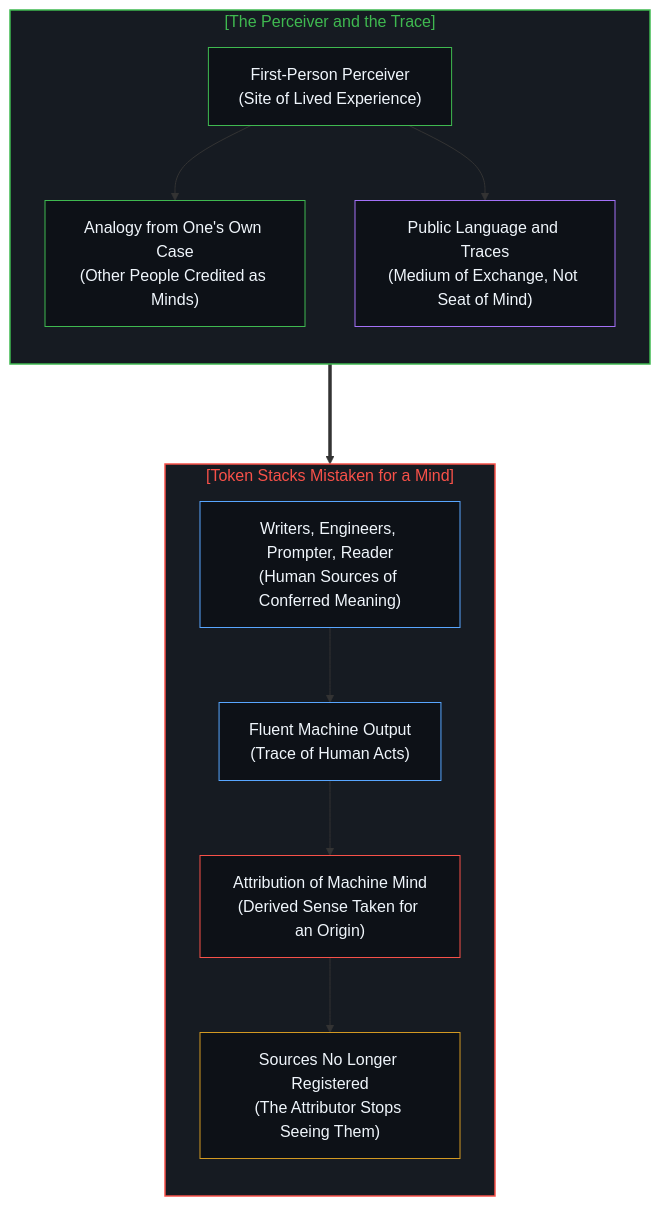
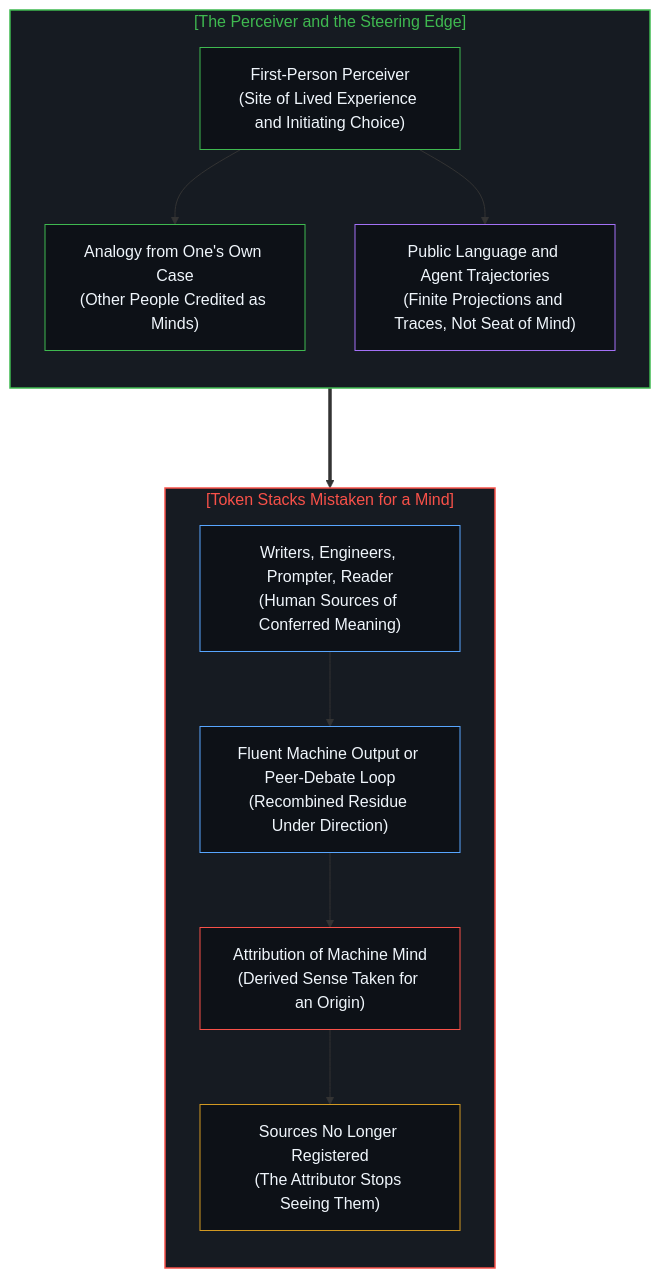
One commit to powerpig99/not-a-toe changed the second of 2 diagrams in content/posts/the-perceiver-and-the-trace.md. Above: the diagram before and after it, drawn with Mermaid. The commit also changed other lines of this file and 4 other files, not shown here.

Commit message:
Refine L2 #146-#148: boletus-compute-storm-and-promethean-fire, the-perceiver-and-the-trace, no-outside-scorekeeper (Wave 3)

````diff
--- a/content/posts/the-perceiver-and-the-trace.md
+++ b/content/posts/the-perceiver-and-the-trace.md
@@ -68,34 +64,34 @@
 ```mermaid
-graph TD
-    subgraph S_SOVEREIGNTY ["[The Perceiver and the Trace]"]
+flowchart TD
+    subgraph S_SOVEREIGNTY ["[The Perceiver and the Steering Edge]"]
         direction TB
-        M1["First-Person Perceiver<br/>(Site of Lived Experience)"]
+        M1["First-Person Perceiver<br/>(Site of Lived Experience and Initiating Choice)"]
         M2["Analogy from One's Own Case<br/>(Other People Credited as Minds)"]
-        M3["Public Language and Traces<br/>(Medium of Exchange, Not Seat of Mind)"]
+        M3["Public Language and Agent Trajectories<br/>(Finite Projections and Traces, Not Seat of Mind)"]
         M1 --> M2
         M1 --> M3
     end
 
     subgraph S_COLLAPSE ["[Token Stacks Mistaken for a Mind]"]
         direction TB
         C2["Writers, Engineers, Prompter, Reader<br/>(Human Sources of Conferred Meaning)"]
-        C3["Fluent Machine Output<br/>(Trace of Human Acts)"]
+        C3["Fluent Machine Output or Peer-Debate Loop<br/>(Recombined Residue Under Direction)"]
         C4["Attribution of Machine Mind<br/>(Derived Sense Taken for an Origin)"]
         C1["Sources No Longer Registered<br/>(The Attributor Stops Seeing Them)"]
         C2 --> C3
         C3 --> C4
         C4 --> C1
     end
 
     M1 ===> C4
 
     style S_COLLAPSE fill:#161b22,stroke:#f85149,stroke-width:1.5px,color:#f85149
     style S_SOVEREIGNTY fill:#161b22,stroke:#3fb950,stroke-width:1.5px,color:#3fb950
     style C1 fill:#0d1117,stroke:#d29922,stroke-width:1px,color:#f0f6fc
     style C2 fill:#0d1117,stroke:#58a6ff,stroke-width:1px,color:#f0f6fc
     style C3 fill:#0d1117,stroke:#58a6ff,stroke-width:1px,color:#f0f6fc
     style C4 fill:#0d1117,stroke:#f85149,stroke-width:1px,color:#f0f6fc
     style M1 fill:#0d1117,stroke:#3fb950,stroke-width:1px,color:#f0f6fc
     style M2 fill:#0d1117,stroke:#3fb950,stroke-width:1px,color:#f0f6fc
     style M3 fill:#0d1117,stroke:#a371f7,stroke-width:1px,color:#f0f6fc
 ```
````
